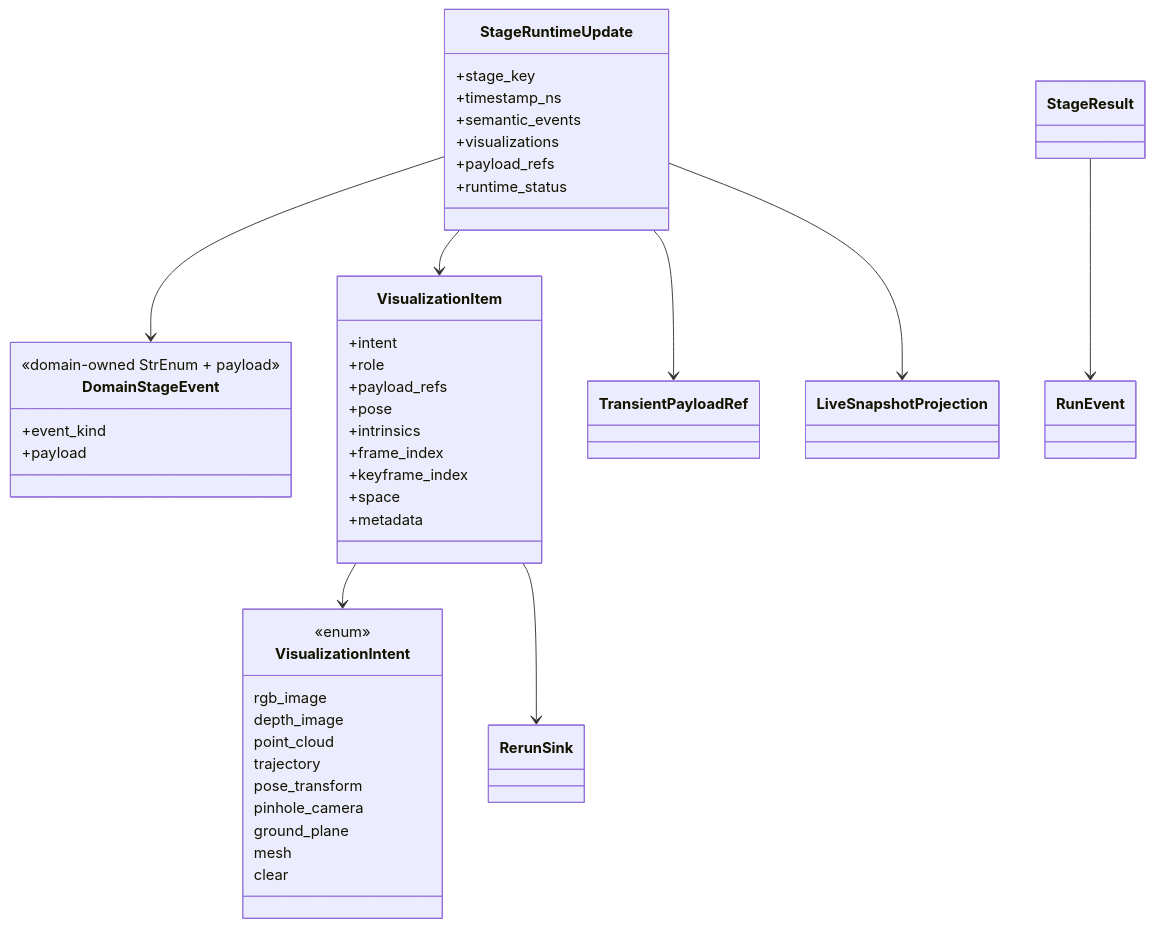
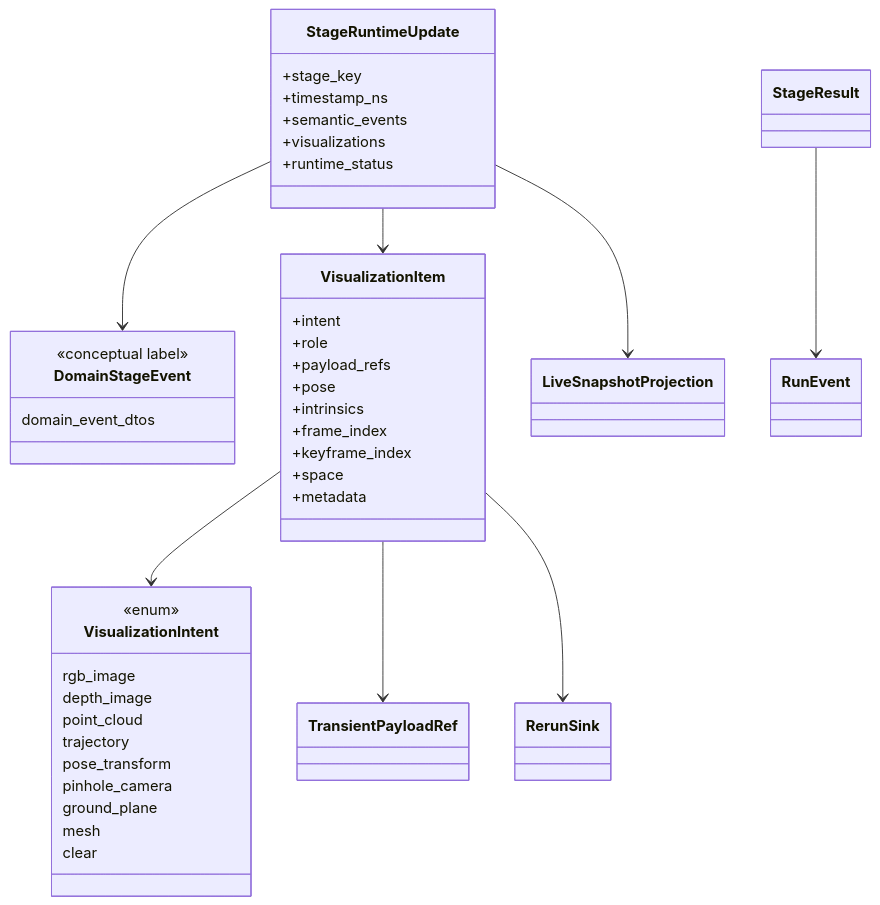
One commit to JanDuchscherer104/prml-vslam changed diagram 13 of 17 in docs/architecture/pipeline-stage-refactor-target.md. Above: the diagram before and after it, drawn with Mermaid. The commit also changed other lines of this file, not shown here.

````diff
--- a/docs/architecture/pipeline-stage-refactor-target.md
+++ b/docs/architecture/pipeline-stage-refactor-target.md
@@ -1194,55 +1189,53 @@
 ```mermaid
 classDiagram
     class StageRuntimeUpdate {
         +stage_key
         +timestamp_ns
         +semantic_events
         +visualizations
-        +payload_refs
         +runtime_status
     }
 
     class DomainStageEvent {
-        <<domain-owned StrEnum + payload>>
-        +event_kind
-        +payload
+        <<conceptual label>>
+        domain_event_dtos
     }
 
     class VisualizationItem {
         +intent
         +role
         +payload_refs
         +pose
         +intrinsics
         +frame_index
         +keyframe_index
         +space
         +metadata
     }
 
     class VisualizationIntent {
         <<enum>>
         rgb_image
         depth_image
         point_cloud
         trajectory
         pose_transform
         pinhole_camera
         ground_plane
         mesh
         clear
     }
 
     class StageResult
     class RunEvent
     class LiveSnapshotProjection
     class RerunSink
 
     StageRuntimeUpdate --> DomainStageEvent
     StageRuntimeUpdate --> VisualizationItem
-    StageRuntimeUpdate --> TransientPayloadRef
     VisualizationItem --> VisualizationIntent
+    VisualizationItem --> TransientPayloadRef
     StageRuntimeUpdate --> LiveSnapshotProjection
     VisualizationItem --> RerunSink
     StageResult --> RunEvent
 ```
````
